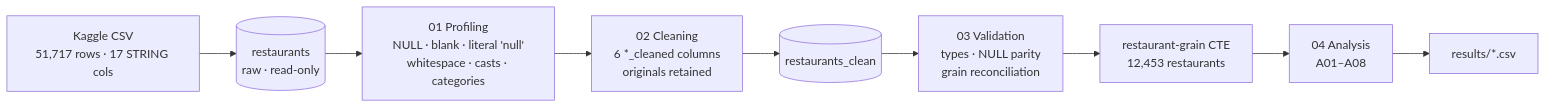
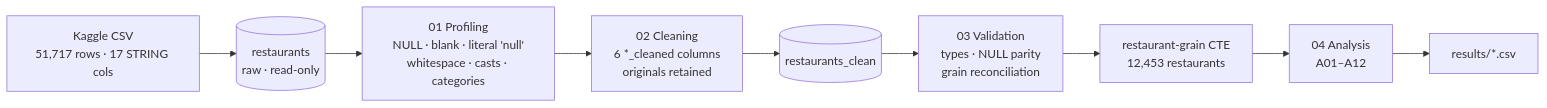
One commit to tanmaymandal0207-cmyk/zomato-bangalore-sql-analysis changed the diagram in README.md. Above: the diagram before and after it, drawn with Mermaid. The commit also changed other lines of this file and 1 other file, not shown here.

````diff
--- a/README.md
+++ b/README.md
@@ -58,11 +62,11 @@
 ```mermaid
 flowchart LR
     A[Kaggle CSV<br/>51,717 rows · 17 STRING cols] --> B[(restaurants<br/>raw · read-only)]
     B --> C[01 Profiling<br/>NULL · blank · literal 'null'<br/>whitespace · casts · categories]
     C --> D[02 Cleaning<br/>6 *_cleaned columns<br/>originals retained]
     D --> E[(restaurants_clean)]
     E --> F[03 Validation<br/>types · NULL parity<br/>grain reconciliation]
     F --> G[restaurant-grain CTE<br/>12,453 restaurants]
-    G --> H[04 Analysis<br/>A01–A08]
+    G --> H[04 Analysis<br/>A01–A12]
     H --> I[results/*.csv]
 ```
````
